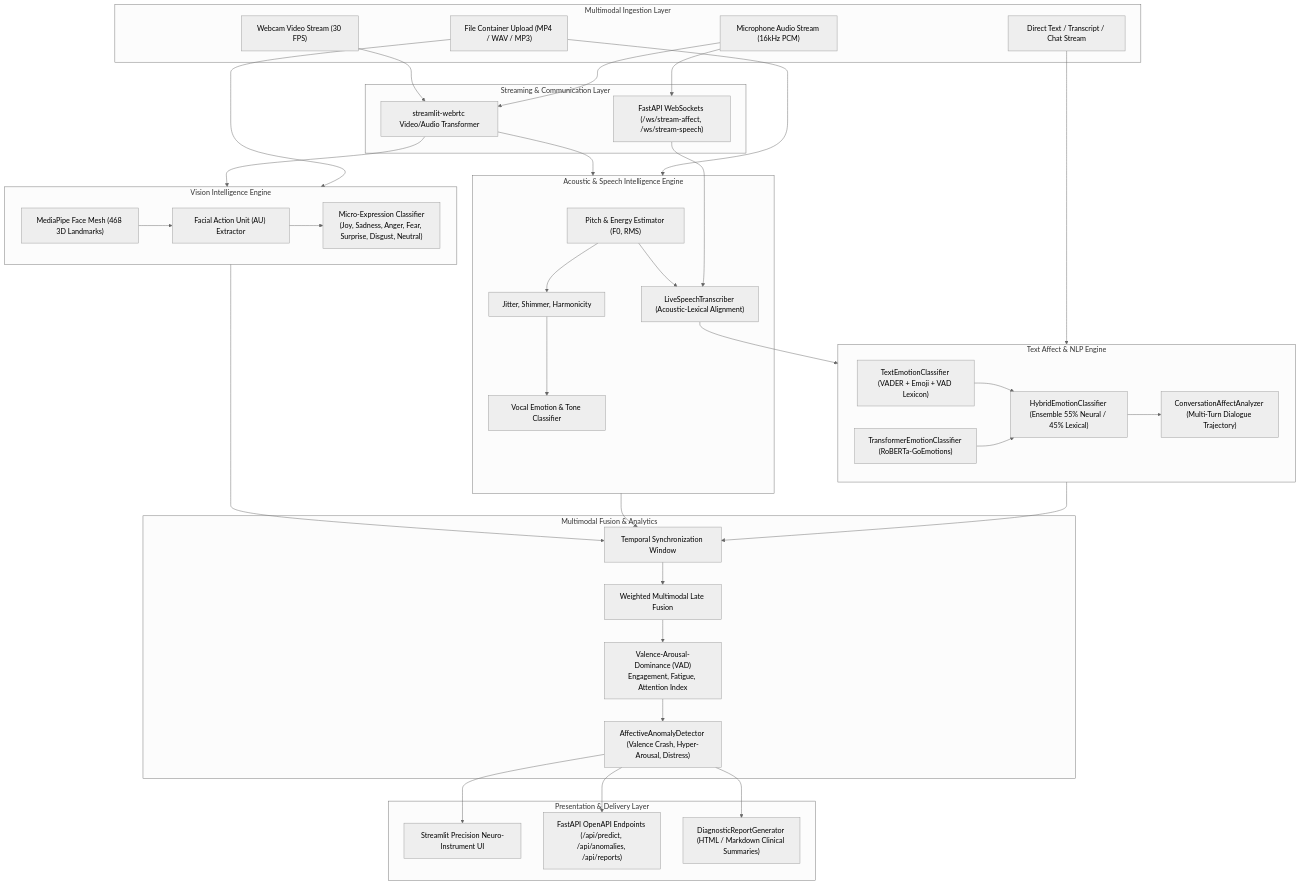
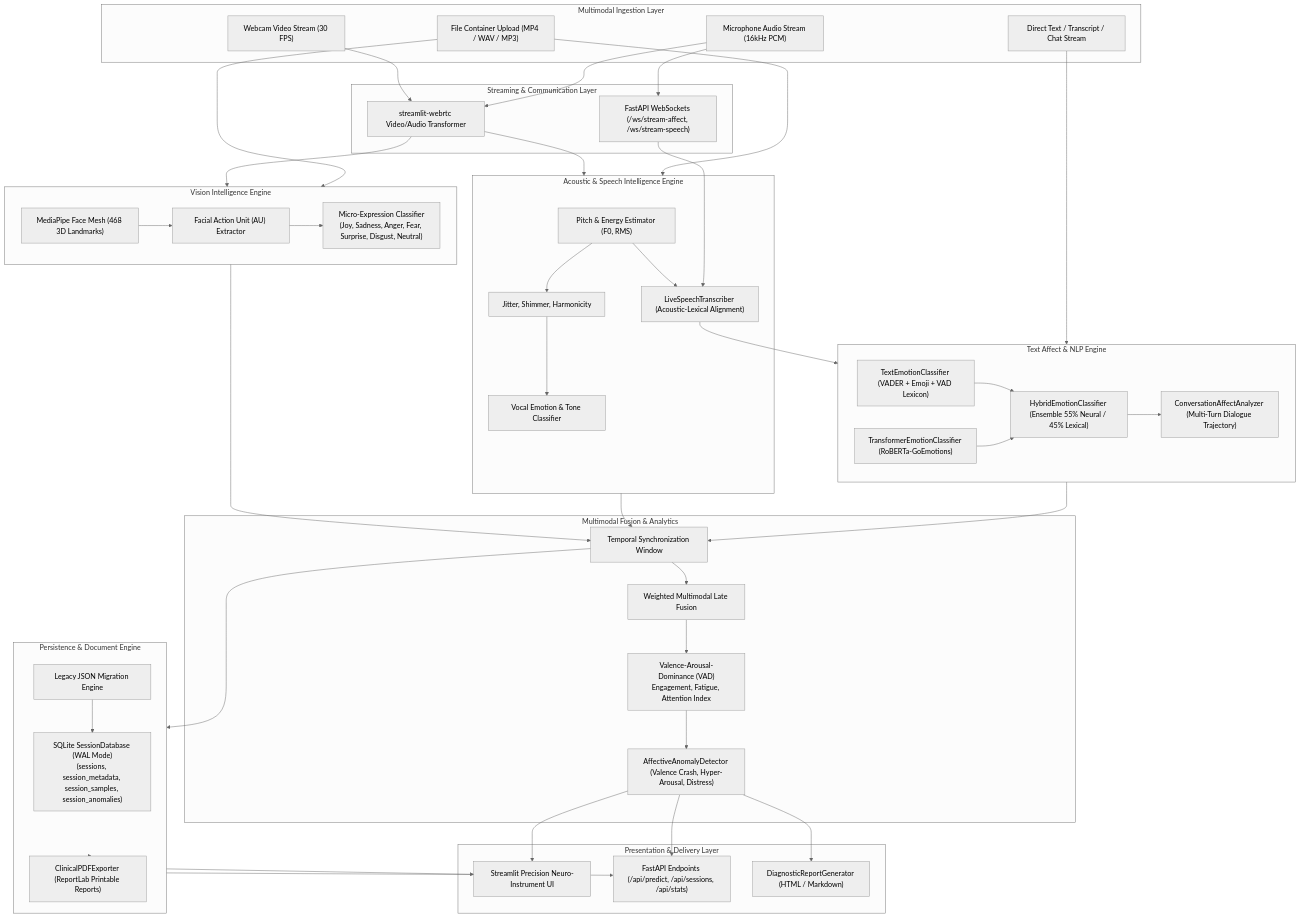
One commit to AadityaBhuree/EmotionSense changed the diagram in memory.md. Above: the diagram before and after it, drawn with Mermaid (neutral theme). The commit also changed other lines of this file and 1 other file, not shown here.

Commit message:
docs: update system memory and README with Phase 4 persistence and clinical PDF reporting

````diff
--- a/memory.md
+++ b/memory.md
@@ -50,62 +53,71 @@
 ```mermaid
 flowchart TB
     subgraph Ingestion["Multimodal Ingestion Layer"]
         Cam["Webcam Video Stream (30 FPS)"]
         Mic["Microphone Audio Stream (16kHz PCM)"]
         Upload["File Container Upload (MP4 / WAV / MP3)"]
         TextIn["Direct Text / Transcript / Chat Stream"]
     end
 
     subgraph Streaming["Streaming & Communication Layer"]
         WebRTC["streamlit-webrtc Video/Audio Transformer"]
         FastAPI_WS["FastAPI WebSockets (/ws/stream-affect, /ws/stream-speech)"]
     end
 
     subgraph VisionEngine["Vision Intelligence Engine"]
         FaceMesh["MediaPipe Face Mesh (468 3D Landmarks)"]
         AUDetector["Facial Action Unit (AU) Extractor"]
         VisionEmotion["Micro-Expression Classifier\n(Joy, Sadness, Anger, Fear, Surprise, Disgust, Neutral)"]
         FaceMesh --> AUDetector --> VisionEmotion
     end
 
     subgraph AudioEngine["Acoustic & Speech Intelligence Engine"]
         Prosody["Pitch & Energy Estimator (F0, RMS)"]
         AcousticFeatures["Jitter, Shimmer, Harmonicity"]
         VocalTone["Vocal Emotion & Tone Classifier"]
         SpeechTranscriber["LiveSpeechTranscriber (Acoustic-Lexical Alignment)"]
         Prosody --> AcousticFeatures --> VocalTone
         Prosody --> SpeechTranscriber
     end
 
     subgraph TextEngine["Text Affect & NLP Engine"]
         Lexical["TextEmotionClassifier (VADER + Emoji + VAD Lexicon)"]
         Transformer["TransformerEmotionClassifier (RoBERTa-GoEmotions)"]
         Hybrid["HybridEmotionClassifier (Ensemble 55% Neural / 45% Lexical)"]
         Trajectory["ConversationAffectAnalyzer (Multi-Turn Dialogue Trajectory)"]
         Lexical --> Hybrid
         Transformer --> Hybrid
         Hybrid --> Trajectory
     end
 
     subgraph FusionEngine["Multimodal Fusion & Analytics"]
         TemporalAlign["Temporal Synchronization Window"]
         LateFusion["Weighted Multimodal Late Fusion"]
         AffectMetrics["Valence-Arousal-Dominance (VAD)\nEngagement, Fatigue, Attention Index"]
         Sentinel["AffectiveAnomalyDetector (Valence Crash, Hyper-Arousal, Distress)"]
         TemporalAlign --> LateFusion --> AffectMetrics --> Sentinel
     end
 
+    subgraph StorageLayer["Persistence & Document Engine"]
+        SQLiteDB["SQLite SessionDatabase (WAL Mode)\n(sessions, session_metadata, session_samples, session_anomalies)"]
+        PDFGen["ClinicalPDFExporter (ReportLab Printable Reports)"]
+        JSONSync["Legacy JSON Migration Engine"]
+        JSONSync --> SQLiteDB
+    end
+
     subgraph Interfaces["Presentation & Delivery Layer"]
         StreamlitUI["Streamlit Precision Neuro-Instrument UI"]
-        FastAPI_REST["FastAPI OpenAPI Endpoints (/api/predict, /api/anomalies, /api/reports)"]
-        ReportExporter["DiagnosticReportGenerator (HTML / Markdown Clinical Summaries)"]
+        FastAPI_REST["FastAPI Endpoints (/api/predict, /api/sessions, /api/stats)"]
+        ReportExporter["DiagnosticReportGenerator (HTML / Markdown)"]
     end
 
     Cam --> WebRTC --> VisionEngine --> TemporalAlign
     Mic --> WebRTC --> AudioEngine --> TemporalAlign
     Mic --> FastAPI_WS --> SpeechTranscriber
     Upload --> VisionEngine & AudioEngine
     TextIn --> TextEngine --> TemporalAlign
     SpeechTranscriber --> TextEngine
     Sentinel --> StreamlitUI & FastAPI_REST & ReportExporter
+    TemporalAlign --> StorageLayer
+    StorageLayer --> StreamlitUI & FastAPI_REST & PDFGen
 ```
````
